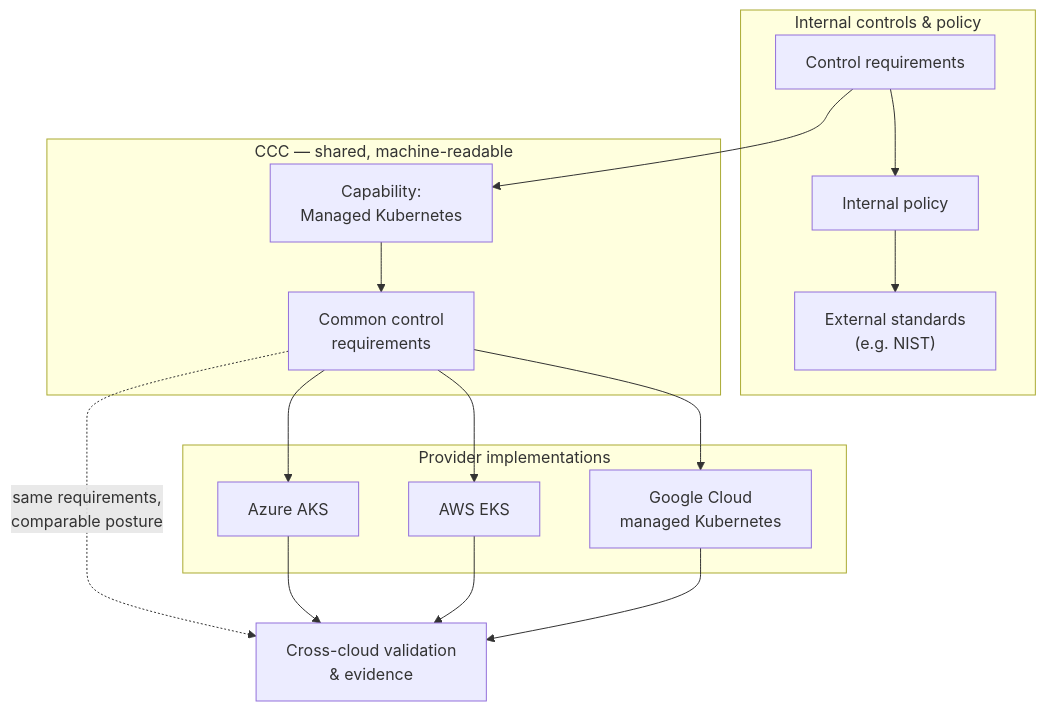
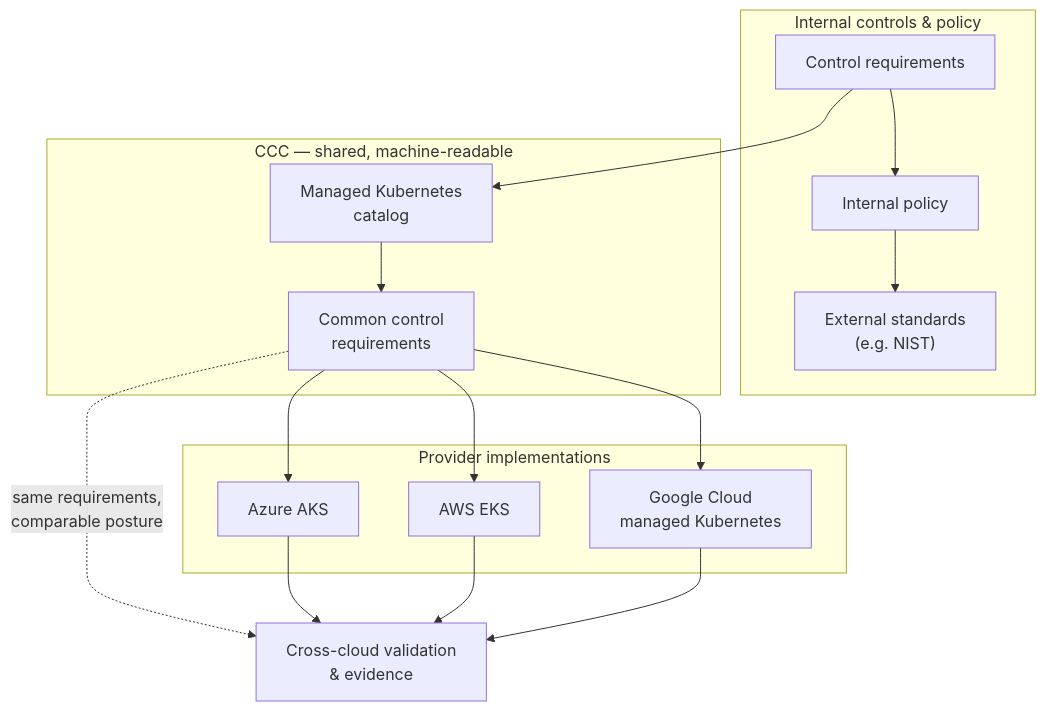
One commit to finos/common-cloud-controls changed the diagram in website/src/pages/users/Morgan-Stanley.mdx. Above: the diagram before and after it, drawn with Mermaid. The commit also changed other lines of this file, not shown here.

````diff
--- a/website/src/pages/users/Morgan-Stanley.mdx
+++ b/website/src/pages/users/Morgan-Stanley.mdx
@@ -41,30 +45,30 @@
 ```mermaid
 flowchart TB
   subgraph Policy["Internal controls & policy"]
     Controls["Control requirements"]
     Internal["Internal policy"]
     External["External standards<br/>(e.g. NIST)"]
     Controls --> Internal --> External
   end
 
   subgraph CCC["CCC — shared, machine-readable"]
-    Cap["Capability:<br/>Managed Kubernetes"]
+    Cap["Managed Kubernetes<br/>catalog"]
     Req["Common control<br/>requirements"]
     Cap --> Req
   end
 
   subgraph Deploy["Provider implementations"]
     AKS["Azure AKS"]
     EKS["AWS EKS"]
     GKE["Google Cloud<br/>managed Kubernetes"]
   end
 
   Controls --> Cap
   Req --> AKS
   Req --> EKS
   Req --> GKE
   Req -.->|"same requirements,<br/>comparable posture"| Validate["Cross-cloud validation<br/>& evidence"]
   AKS --> Validate
   EKS --> Validate
   GKE --> Validate
 ```
````
